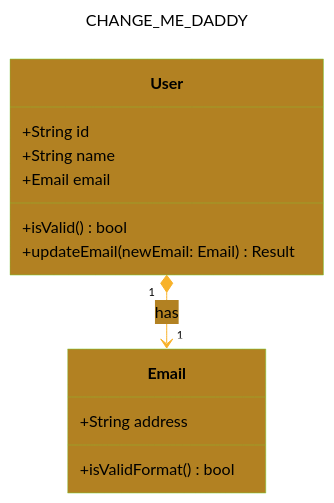
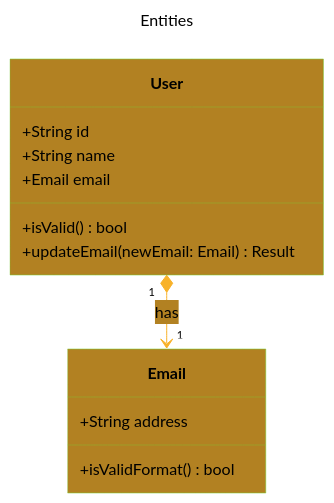
One commit to CongLeSolutionX/iOS-development-vault changed the fourth of 7 diagrams in Design_Patterns/CLEAN_Architecture/The_CLEAN_Architecture_in_iOS_Development.md. Above: the diagram before and after it, drawn with Mermaid. The commit also changed other lines of this file, not shown here.

````diff
--- a/Design_Patterns/CLEAN_Architecture/The_CLEAN_Architecture_in_iOS_Development.md
+++ b/Design_Patterns/CLEAN_Architecture/The_CLEAN_Architecture_in_iOS_Development.md
@@ -238,42 +256,42 @@
 ```mermaid
 ---
-title: "CHANGE_ME_DADDY"
+title: "Entities"
 author: "Cong Le"
 version: "1.0"
 license(s): "MIT, CC BY 4.0"
 copyright: "Copyright (c) 2025 Cong Le. All Rights Reserved."
 config:
   theme: base
 ---
 %%%%%%%% Mermaid version v11.4.1-b.14
 %%%%%%%% Available curve styles include the following keywords:
 %% basis, bumpX, bumpY, cardinal, catmullRom, linear, monotoneX, monotoneY, natural, step, stepAfter, stepBefore.
 %%{
   init: {
     'classDiagram': { 'htmlLabels': false, 'curve': 'basis' },
     'fontFamily': 'Monospace',
     'themeVariables': {
       'primaryColor': '#B28122',
       'primaryTextColor': '#000',
       'primaryBorderColor': '#7C33',
       'lineColor': '#F8B229',
       'stroke':'#000',
       'stroke-width': '0.5px'
     }
   }
 }%%
 classDiagram
   class User {
     +String id
     +String name
     +Email email
     +isValid() bool
     +updateEmail(newEmail: Email) Result<Void, Error>
   }
   class Email {
     +String address
     +isValidFormat() bool
   }
   User "1" *--> "1" Email : has
   %% Note: Pure Swift, no framework dependencies %%
 ```
````
